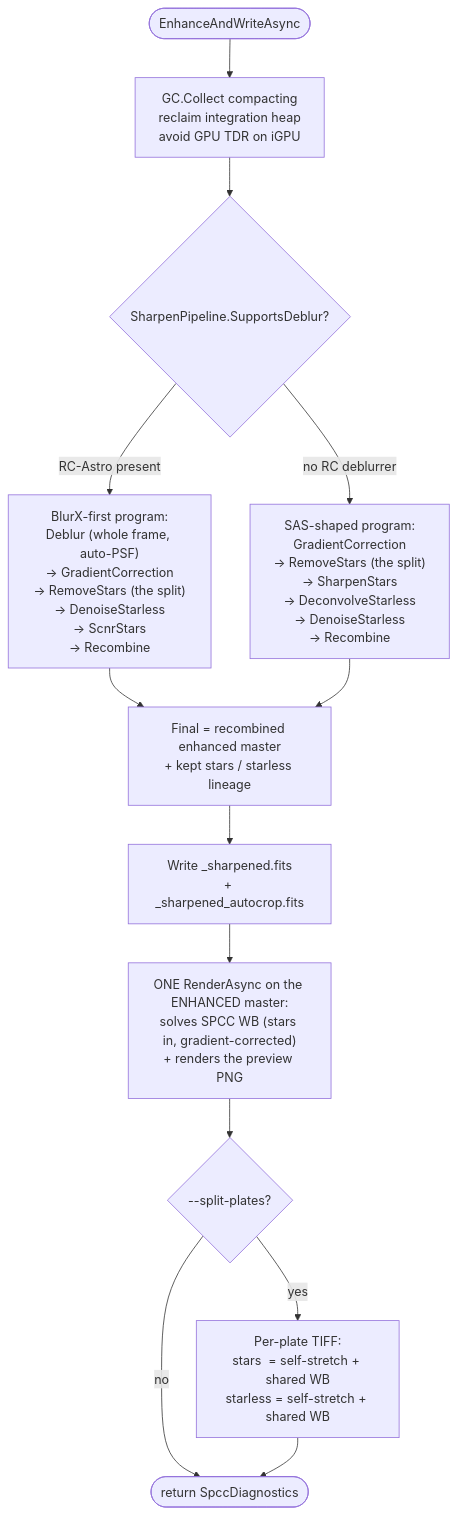
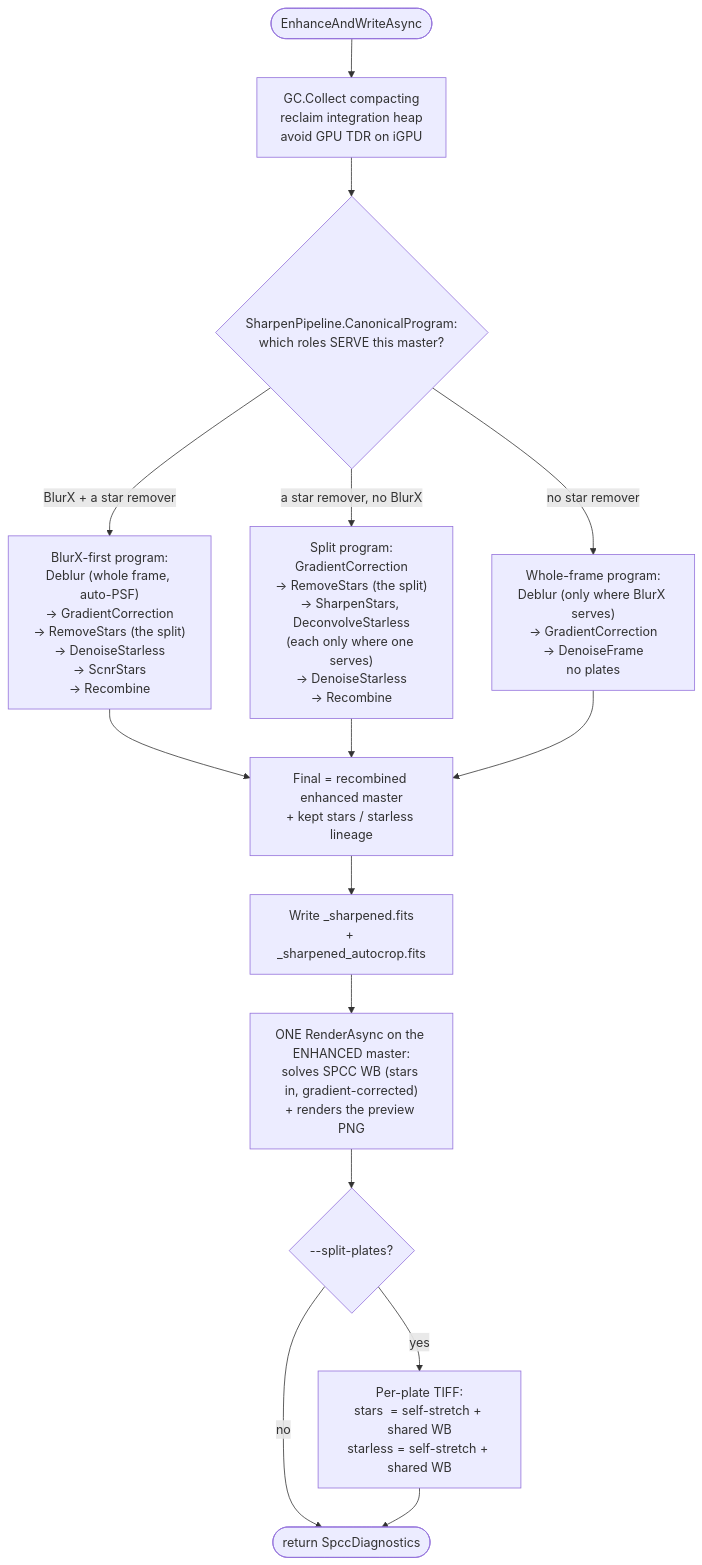
The third of 6 diagrams in docs/architecture/stacking-render-pipeline.md (SharpAstro/tianwen), drawn with Mermaid before and after one commit. The commit also changed other lines of this file and 85 other files, not shown here.

````diff
--- a/docs/architecture/stacking-render-pipeline.md
+++ b/docs/architecture/stacking-render-pipeline.md
@@ -280,17 +280,19 @@
 ```mermaid
 flowchart TD
     In([EnhanceAndWriteAsync]) --> GC[GC.Collect compacting<br/>reclaim integration heap<br/>avoid GPU TDR on iGPU]
-    GC --> Steps{SharpenPipeline.SupportsDeblur?}
+    GC --> Steps{"SharpenPipeline.CanonicalProgram:<br/>which roles SERVE this master?"}
 
-    Steps -->|RC-Astro present| Blur["BlurX-first program:<br/>Deblur (whole frame, auto-PSF)<br/>-> GradientCorrection<br/>-> RemoveStars (the split)<br/>-> DenoiseStarless<br/>-> ScnrStars<br/>-> Recombine"]
-    Steps -->|no RC deblurrer| Sas["SAS-shaped program:<br/>GradientCorrection<br/>-> RemoveStars (the split)<br/>-> SharpenStars<br/>-> DeconvolveStarless<br/>-> DenoiseStarless<br/>-> Recombine"]
+    Steps -->|BlurX + a star remover| Blur["BlurX-first program:<br/>Deblur (whole frame, auto-PSF)<br/>-> GradientCorrection<br/>-> RemoveStars (the split)<br/>-> DenoiseStarless<br/>-> ScnrStars<br/>-> Recombine"]
+    Steps -->|a star remover, no BlurX| Split["Split program:<br/>GradientCorrection<br/>-> RemoveStars (the split)<br/>-> SharpenStars, DeconvolveStarless<br/>(each only where one serves)<br/>-> DenoiseStarless<br/>-> Recombine"]
+    Steps -->|no star remover| Whole["Whole-frame program:<br/>Deblur (only where BlurX serves)<br/>-> GradientCorrection<br/>-> DenoiseFrame<br/>no plates"]
 
     Blur --> Final[Final = recombined enhanced master<br/>+ kept stars / starless lineage]
-    Sas --> Final
+    Split --> Final
+    Whole --> Final
     Final --> WriteSharp[Write _sharpened.fits<br/>+ _sharpened_autocrop.fits]
     WriteSharp --> OneSolve["ONE RenderAsync on the ENHANCED master:<br/>solves SPCC WB (stars in, gradient-corrected)<br/>+ renders the preview PNG"]
     OneSolve --> Plates{--split-plates?}
     Plates -->|yes| Tiff["Per-plate TIFF:<br/>stars  = self-stretch + shared WB<br/>starless = self-stretch + shared WB"]
     Plates -->|no| Ret([return SpccDiagnostics])
     Tiff --> Ret
 ```
````
